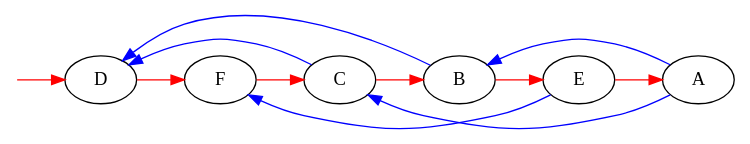
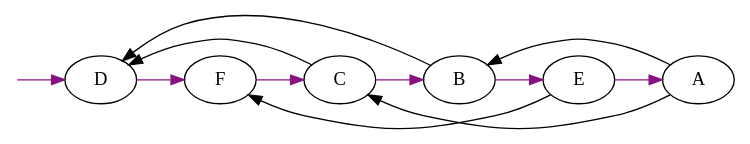
The diagram in thesis/figures/ordered-graph.dot (autermann/master-thesis), drawn with Graphviz before and after one commit. The commit also changed 3 other files, not shown here.

Commit message:
better colors for graphs

```diff
--- a/thesis/figures/ordered-graph.dot
+++ b/thesis/figures/ordered-graph.dot
@@ -1,9 +1,9 @@
 digraph g {
 	graph [rankdir = LR fontname = "Linux Biolinum"];
  	node [fontname = "Linux Biolinum"];
- 	edge [color=blue fontname = "Linux Biolinum"];
+ 	edge [fontname = "Linux Biolinum"];
 	nowhere [style=invis margin=0 label="" height=0 width=0];
 	A -> { B C } -> D[constraint=false];
 	E -> F[constraint=false];
-  	nowhere -> D -> F -> C -> B -> E -> A [color=red];
+  	nowhere -> D -> F -> C -> B -> E -> A [color="#881280"];
 }
```
